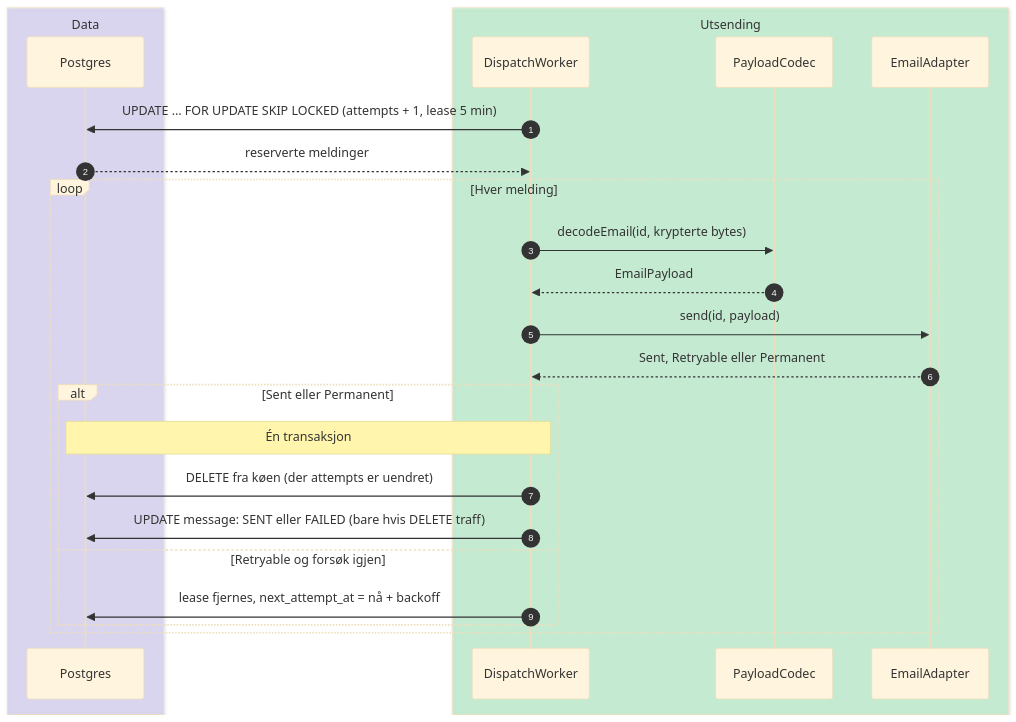
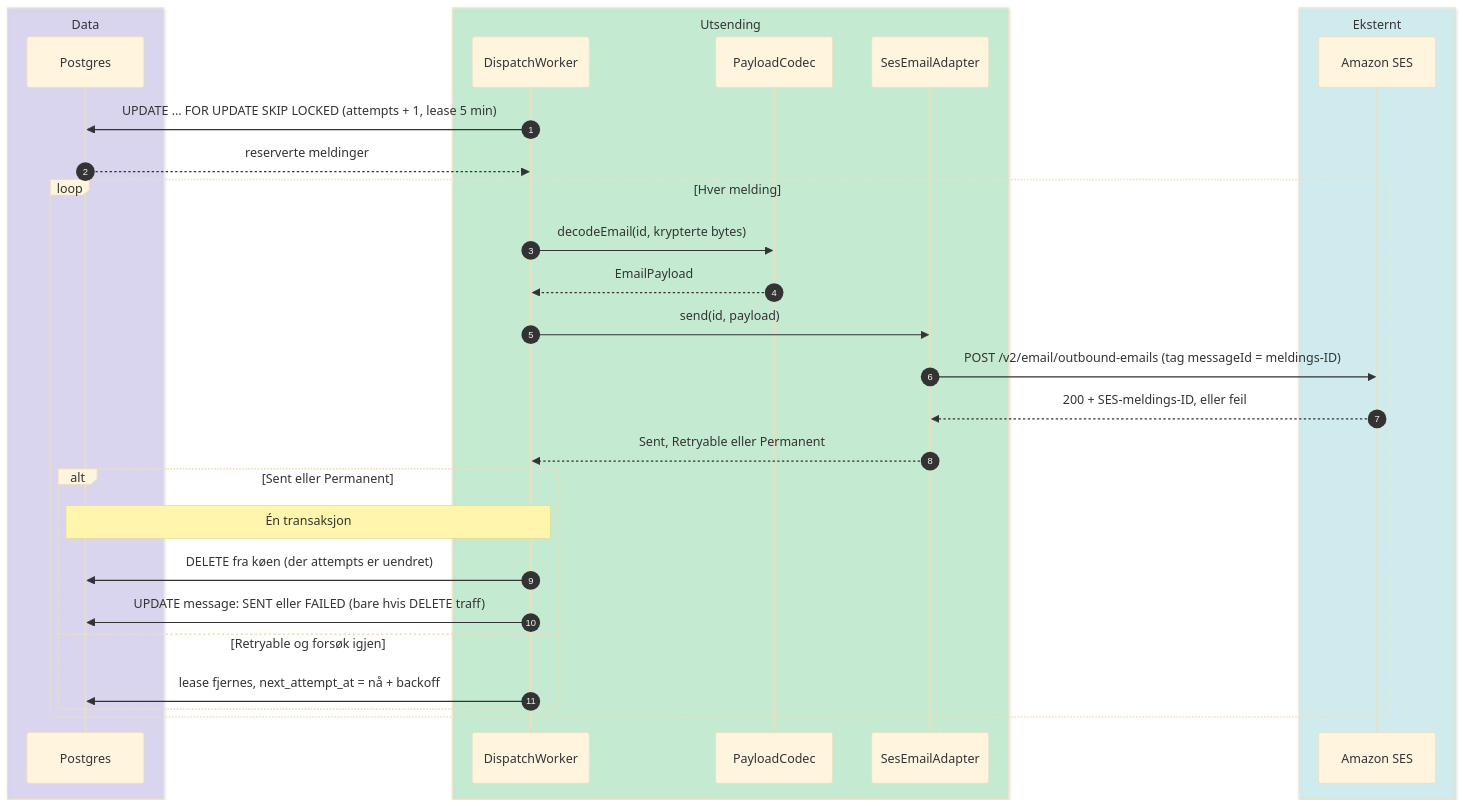
The ninth of 14 diagrams in docs/architecture.md (FINTLabs/fint-communication-service), drawn with Mermaid (base theme) before and after one commit. The commit also changed other lines of this file and 14 other files, not shown here.

First line of the commit message:
feat: send email via Amazon SES

````diff
--- a/docs/architecture.md
+++ b/docs/architecture.md
@@ -597,28 +601,33 @@
 ```mermaid
 sequenceDiagram
     autonumber
     box rgba(196,181,253,0.35) Data
         participant DB as Postgres
     end
     box rgba(134,239,172,0.35) Utsending
         participant W as DispatchWorker
         participant PC as PayloadCodec
-        participant A as EmailAdapter
+        participant A as SesEmailAdapter
+    end
+    box rgba(165,243,252,0.35) Eksternt
+        participant SES as Amazon SES
     end
 
     W->>DB: UPDATE … FOR UPDATE SKIP LOCKED (attempts + 1, lease 5 min)
     DB-->>W: reserverte meldinger
     loop Hver melding
         W->>PC: decodeEmail(id, krypterte bytes)
         PC-->>W: EmailPayload
         W->>A: send(id, payload)
+        A->>SES: POST /v2/email/outbound-emails (tag messageId = meldings-ID)
+        SES-->>A: 200 + SES-meldings-ID, eller feil
         A-->>W: Sent, Retryable eller Permanent
         alt Sent eller Permanent
             Note over W,DB: Én transaksjon
             W->>DB: DELETE fra køen (der attempts er uendret)
             W->>DB: UPDATE message: SENT eller FAILED (bare hvis DELETE traff)
         else Retryable og forsøk igjen
             W->>DB: lease fjernes, next_attempt_at = nå + backoff
         end
     end
 ```
````
